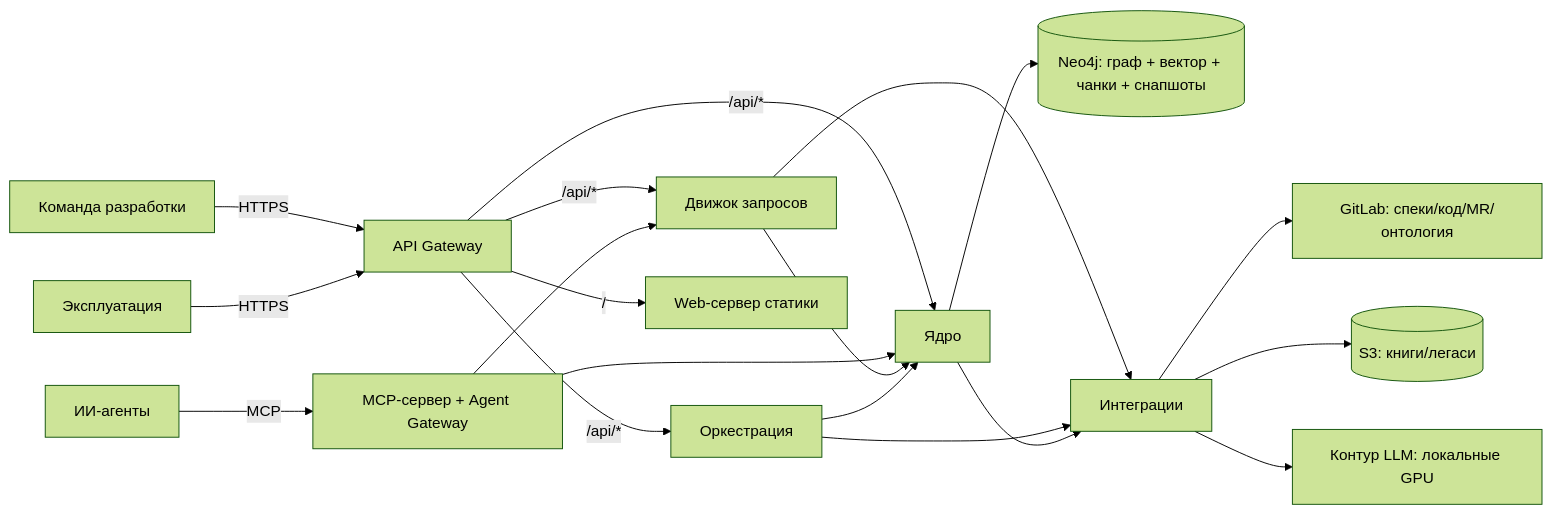
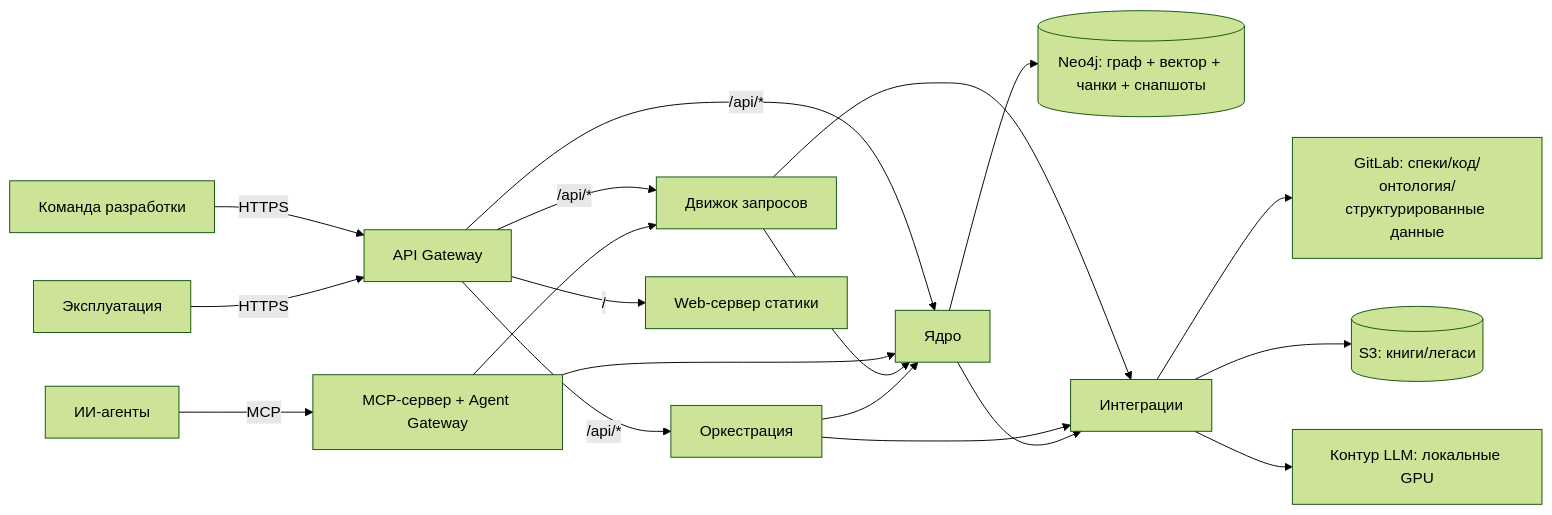
The diagram in .ai-factory/ARCHITECTURE.md (n-marusov/graphrag), drawn with Mermaid (forest theme) before and after one commit. The commit also changed other lines of this file and 8 other files, not shown here.

````diff
--- a/.ai-factory/ARCHITECTURE.md
+++ b/.ai-factory/ARCHITECTURE.md
@@ -46,21 +46,21 @@
 ```mermaid
 flowchart LR
     T[Команда разработки] -->|HTTPS| GW[API Gateway]
     O[Эксплуатация] -->|HTTPS| GW
     A[ИИ-агенты] -->|MCP| MCP[MCP-сервер + Agent Gateway]
     GW -->|/api/*| Q[Движок запросов]
     GW -->|/api/*| C[Ядро]
     GW -->|/api/*| I[Оркестрация]
     GW -->|/| S[Web-сервер статики]
     MCP --> Q
     MCP --> C
     Q --> C
     I --> C
     C --> N[(Neo4j: граф + вектор + чанки + снапшоты)]
     Q --> INT[Интеграции]
     I --> INT
     C --> INT
-    INT --> GL[GitLab: спеки/код/MR/онтология]
+    INT --> GL[GitLab: спеки/код/онтология/структурированные данные]
     INT --> S3[(S3: книги/легаси)]
     INT --> LLM[Контур LLM: локальные GPU]
 ```
````
